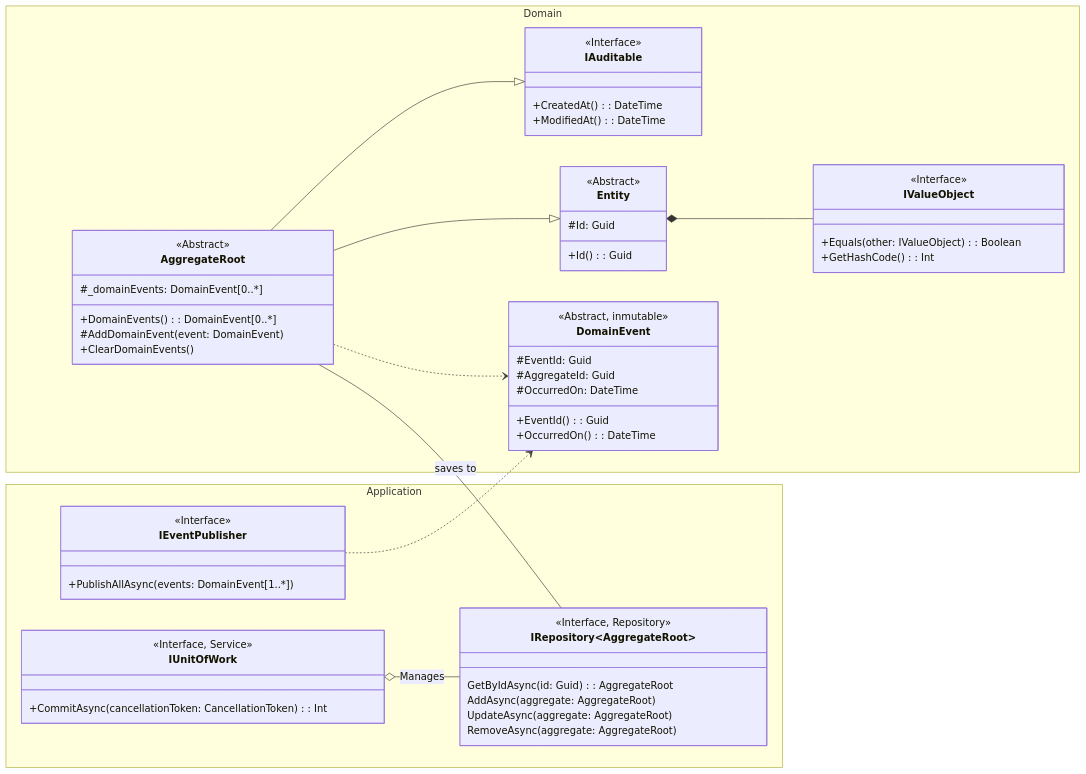
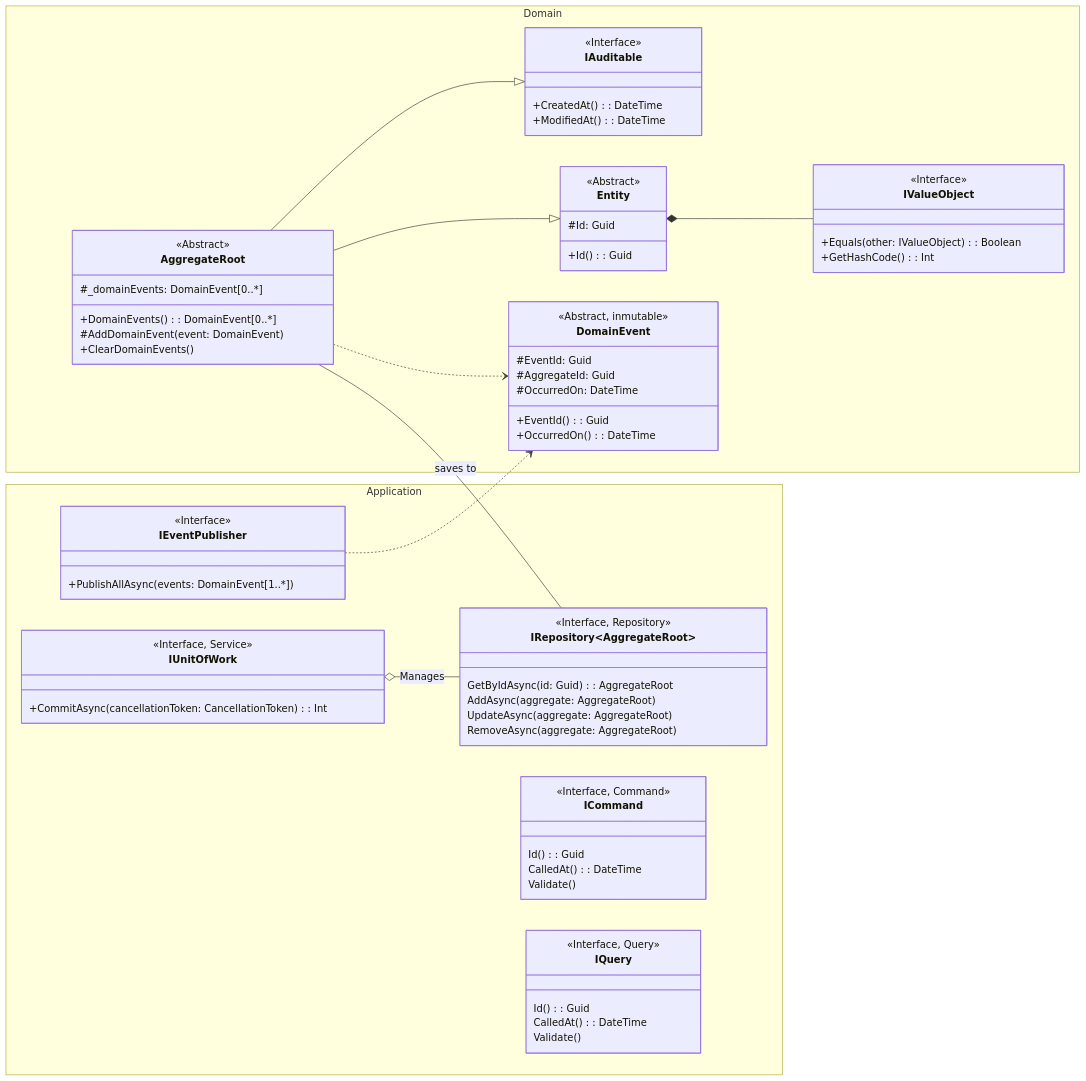
The diagram in docs/abstractions.mmd (rogerrocaarano/DDDSharp), drawn with Mermaid before and after one commit.

Commit message:
feat<abstractions>: add ICommand and IQuery interfaces to class diagram

```diff
--- a/docs/abstractions.mmd
+++ b/docs/abstractions.mmd
@@ -1,74 +1,90 @@
 classDiagram
     direction LR
     namespace Domain {
         class IValueObject
         class IAuditable
         class Entity
         class AggregateRoot
         class DomainEvent
     }
     namespace Application {
         class IEventPublisher
         class IRepository~AggregateRoot~
         class IUnitOfWork
+        class ICommand
+        class IQuery
     }
     class Entity {
         <<Abstract>>
         #Id: Guid
         +Id(): Guid
     }
     Entity *-- IValueObject
 
     class IAuditable {
         <<Interface>>
         +CreatedAt(): DateTime
         +ModifiedAt(): DateTime
     }
 
     class AggregateRoot {
         <<Abstract>>
         #_domainEvents: DomainEvent[0..*]
         +DomainEvents(): DomainEvent[0..*]
         #AddDomainEvent(event: DomainEvent)
         +ClearDomainEvents()
     }
     AggregateRoot --|> Entity
     AggregateRoot --|> IAuditable
     AggregateRoot ..> DomainEvent
     AggregateRoot -- IRepository~AggregateRoot~: saves to
 
 
     class IValueObject~IValueObject~ {
         <<Interface>>
         +Equals(other: IValueObject): Boolean
         +GetHashCode(): Int
     }
 
     class IEventPublisher {
         <<Interface>>
         +PublishAllAsync(events: DomainEvent[1..*])
     }
     IEventPublisher ..> DomainEvent
 
     class DomainEvent {
         <<Abstract, inmutable>>
         #EventId: Guid
         #AggregateId: Guid
         #OccurredOn: DateTime
         +EventId(): Guid
         +OccurredOn(): DateTime
 }
 
     class IRepository~AggregateRoot~ {
         <<Interface, Repository>>
         GetByIdAsync(id: Guid): AggregateRoot
         AddAsync(aggregate: AggregateRoot)
         UpdateAsync(aggregate: AggregateRoot)
         RemoveAsync(aggregate: AggregateRoot)
     }
 
     class IUnitOfWork {
         <<Interface, Service>>
         +CommitAsync(cancellationToken: CancellationToken): Int
     }
     IUnitOfWork o-- IRepository~AggregateRoot~: Manages
+
+    class ICommand {
+        <<Interface, Command>>
+        Id(): Guid
+        CalledAt(): DateTime
+        Validate()
+    }
+
+    class IQuery~TResult~ {
+        <<Interface, Query>>
+        Id(): Guid
+        CalledAt(): DateTime
+        Validate()
+    }
```
